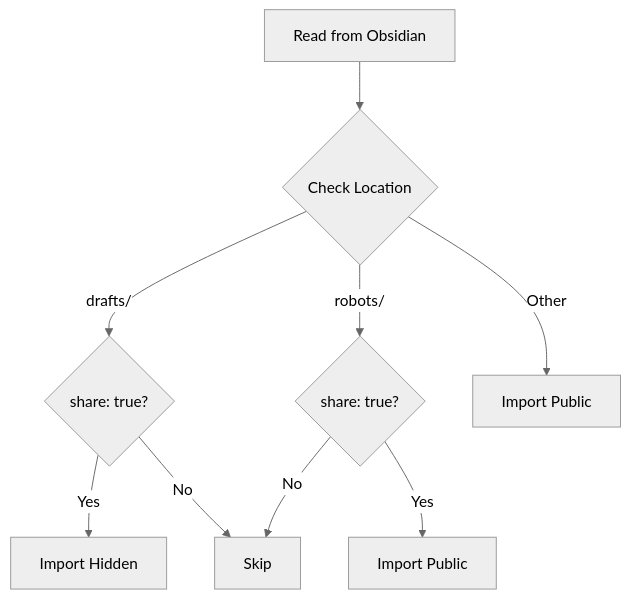
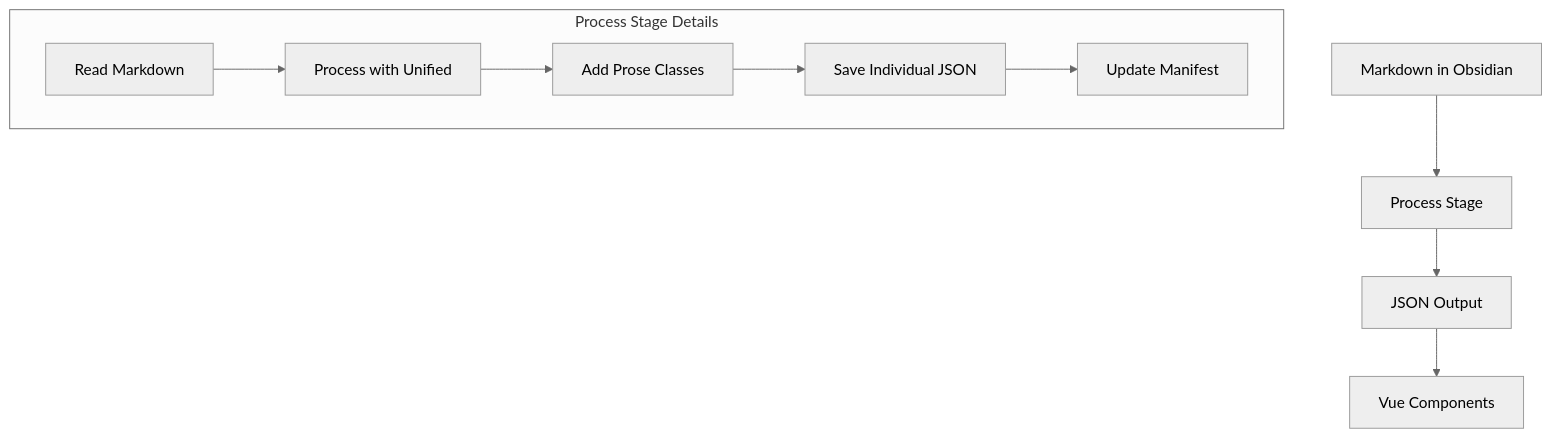
The diagram in README.md (ejfox/website2), drawn with Mermaid (neutral theme) before and after one commit. The commit also changed other lines of this file and 1047 other files, not shown here.

````diff
--- a/README.md
+++ b/README.md
@@ -102,11 +53,13 @@
 ```mermaid
 graph TD
-    A[Read from Obsidian] --> B{Check Location}
-    B -->|drafts/| C{share: true?}
-    B -->|robots/| D{share: true?}
-    B -->|Other| E[Import Public]
-    C -->|Yes| F[Import Hidden]
-    C -->|No| G[Skip]
-    D -->|Yes| H[Import Public]
-    D -->|No| G
+    A[Markdown in Obsidian] --> B[Process Stage]
+    B --> C[JSON Output]
+    C --> D[Vue Components]
+    
+    subgraph "Process Stage Details"
+    E[Read Markdown] --> F[Process with Unified]
+    F --> G[Add Prose Classes]
+    G --> H[Save Individual JSON]
+    H --> I[Update Manifest]
+    end
 ```
````
